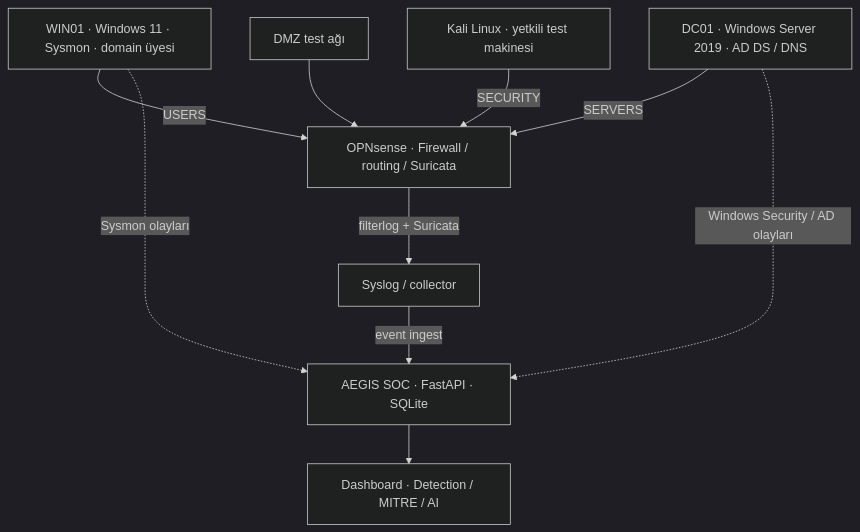
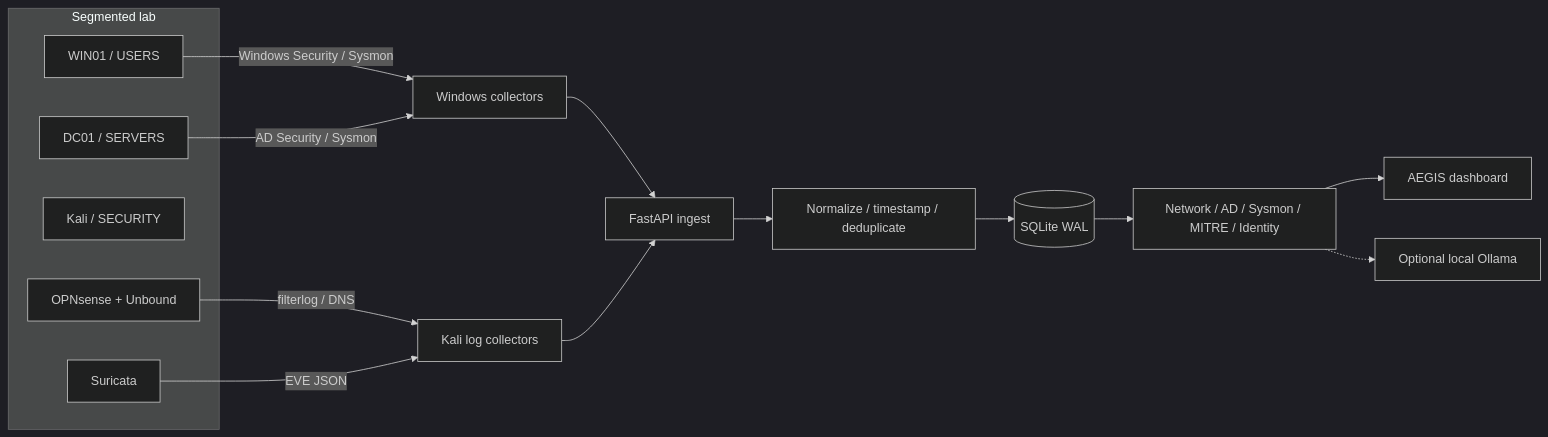
Before and after one commit to mahirkau1/AEGIS-SOC: the diagram in README.md, drawn with Mermaid (dark theme). The commit also changed other lines of this file and 38 other files, not shown here.

Commit message:
docs: document completed AEGIS SOC lab and validation evidence

````diff
--- a/README.md
+++ b/README.md
@@ -26,20 +19,21 @@
 ```mermaid
-flowchart TB
-    K["Kali Linux · yetkili test makinesi"]
-    W["WIN01 · Windows 11 · Sysmon · domain üyesi"]
-    DC["DC01 · Windows Server 2019 · AD DS / DNS"]
-    DMZ["DMZ test ağı"]
-    FW["OPNsense · Firewall / routing / Suricata"]
-    C["Syslog / collector"]
-    API["AEGIS SOC · FastAPI · SQLite"]
-    D["Dashboard · Detection / MITRE / AI"]
-    W -->|USERS| FW
-    DC -->|SERVERS| FW
-    DMZ --> FW
-    K -->|SECURITY| FW
-    FW -->|filterlog + Suricata| C
-    C -->|event ingest| API
-    W -.->|Sysmon olayları| API
-    DC -.->|Windows Security / AD olayları| API
-    API --> D
+flowchart LR
+  subgraph LAB[Segmented lab]
+    W[WIN01 / USERS]
+    D[DC01 / SERVERS]
+    K[Kali / SECURITY]
+    F[OPNsense + Unbound]
+    S[Suricata]
+  end
+  W -->|Windows Security / Sysmon| A[Windows collectors]
+  D -->|AD Security / Sysmon| A
+  F -->|filterlog / DNS| C[Kali log collectors]
+  S -->|EVE JSON| C
+  A --> I[FastAPI ingest]
+  C --> I
+  I --> P[Normalize / timestamp / deduplicate]
+  P --> DB[(SQLite WAL)]
+  DB --> E[Network / AD / Sysmon / MITRE / Identity]
+  E --> UI[AEGIS dashboard]
+  E -.-> AI[Optional local Ollama]
 ```
````
